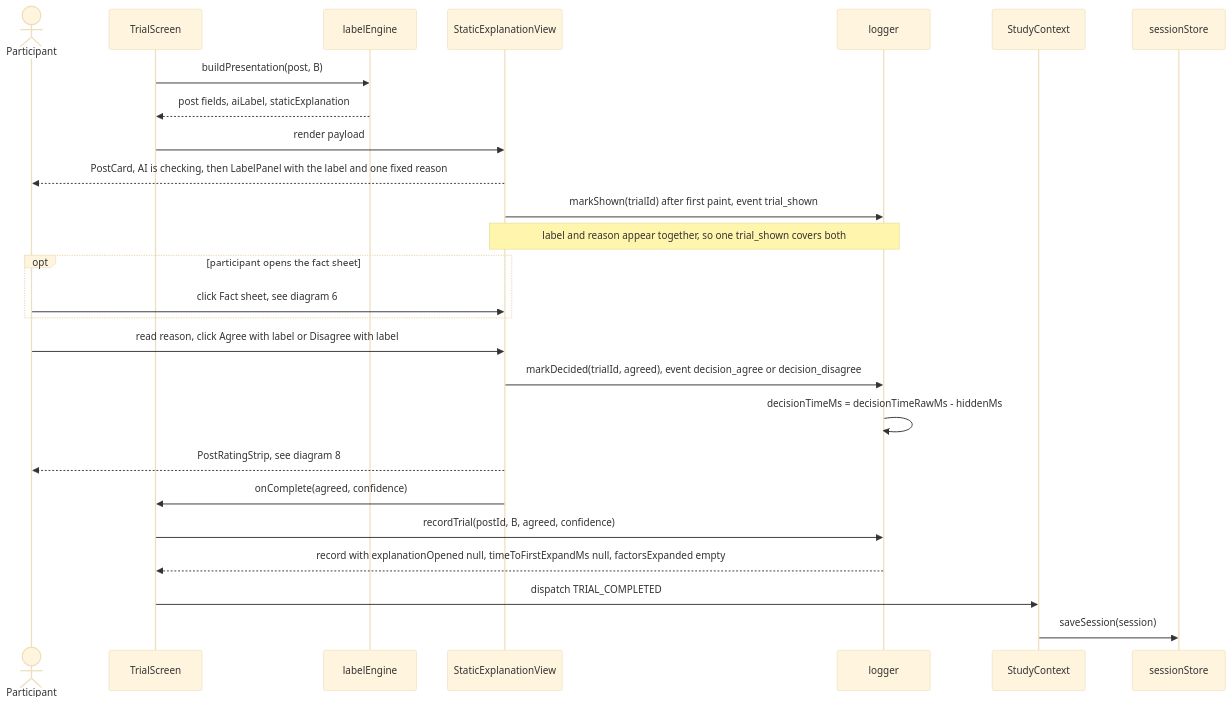
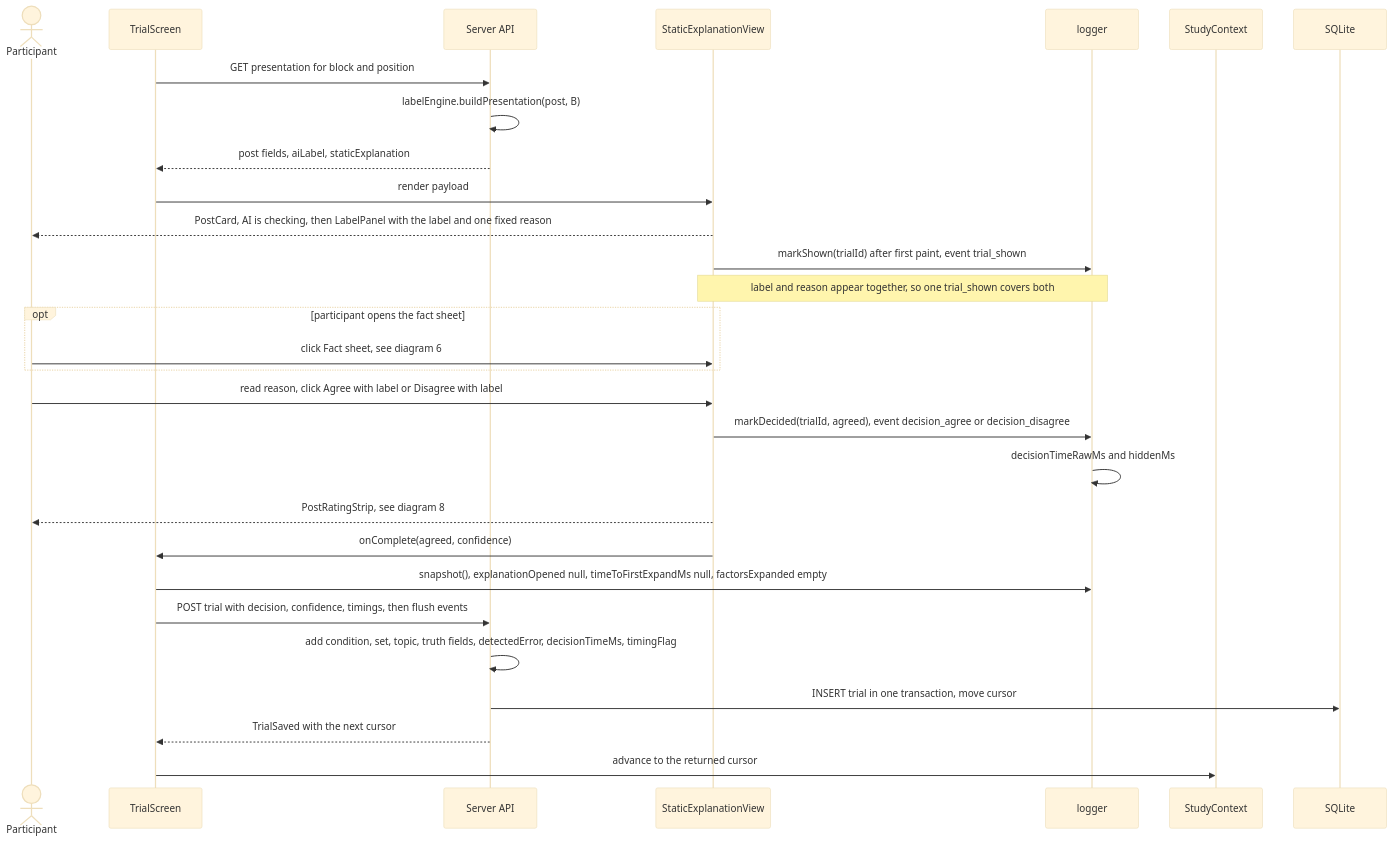
The third of 12 diagrams in docs/sequence-diagrams.md (bibekgupta3333/HCI), drawn with Mermaid (base theme) before and after one commit. The commit also changed other lines of this file and 87 other files, not shown here.

````diff
--- a/docs/sequence-diagrams.md
+++ b/docs/sequence-diagrams.md
@@ -142,29 +160,32 @@
 ```mermaid
 sequenceDiagram
     actor P as Participant
     participant Trial as TrialScreen
-    participant LE as labelEngine
+    participant API as Server API
     participant View as StaticExplanationView
     participant Log as logger
     participant SC as StudyContext
-    participant SS as sessionStore
+    participant DB as SQLite
 
-    Trial->>LE: buildPresentation(post, B)
-    LE-->>Trial: post fields, aiLabel, staticExplanation
+    Trial->>API: GET presentation for block and position
+    API->>API: labelEngine.buildPresentation(post, B)
+    API-->>Trial: post fields, aiLabel, staticExplanation
     Trial->>View: render payload
     View-->>P: PostCard, AI is checking, then LabelPanel with the label and one fixed reason
     View->>Log: markShown(trialId) after first paint, event trial_shown
     Note over View,Log: label and reason appear together, so one trial_shown covers both
     opt participant opens the fact sheet
         P->>View: click Fact sheet, see diagram 6
     end
     P->>View: read reason, click Agree with label or Disagree with label
     View->>Log: markDecided(trialId, agreed), event decision_agree or decision_disagree
-    Log->>Log: decisionTimeMs = decisionTimeRawMs - hiddenMs
+    Log->>Log: decisionTimeRawMs and hiddenMs
     View-->>P: PostRatingStrip, see diagram 8
     View->>Trial: onComplete(agreed, confidence)
-    Trial->>Log: recordTrial(postId, B, agreed, confidence)
-    Log-->>Trial: record with explanationOpened null, timeToFirstExpandMs null, factorsExpanded empty
-    Trial->>SC: dispatch TRIAL_COMPLETED
-    SC->>SS: saveSession(session)
+    Trial->>Log: snapshot(), explanationOpened null, timeToFirstExpandMs null, factorsExpanded empty
+    Trial->>API: POST trial with decision, confidence, timings, then flush events
+    API->>API: add condition, set, topic, truth fields, detectedError, decisionTimeMs, timingFlag
+    API->>DB: INSERT trial in one transaction, move cursor
+    API-->>Trial: TrialSaved with the next cursor
+    Trial->>SC: advance to the returned cursor
 ```
````
